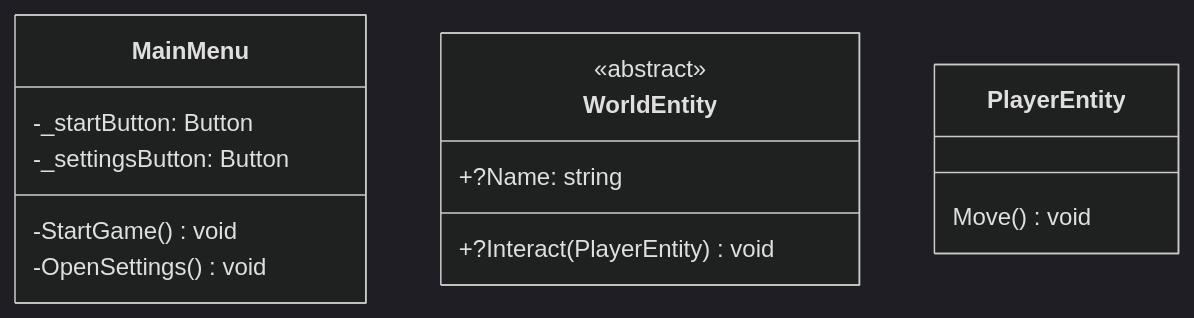
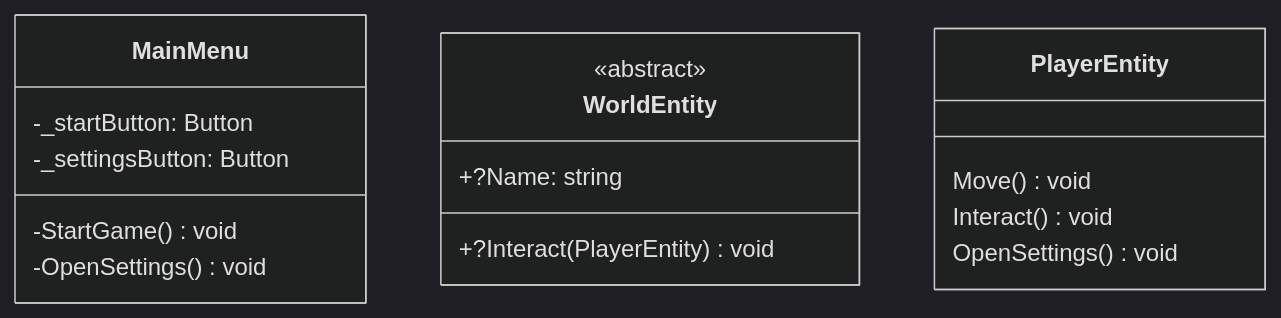
The diagram in Scripts/Diagram.mmd (A-A-Tel/TheBizarreJourney-Godot), drawn with Mermaid (dark theme) before and after one commit. The commit also changed 19 other files, not shown here.

```diff
--- a/Scripts/Diagram.mmd
+++ b/Scripts/Diagram.mmd
@@ -1,22 +1,22 @@
 classDiagram
     class MainMenu {
         -_startButton: Button
         -_settingsButton: Button
         
         -StartGame() void
         -OpenSettings() void
     }
     
     class WorldEntity {
         <<abstract>>
         
         +?Name: string
         
         +?Interact(PlayerEntity) void
     }
     
     class PlayerEntity {
-        
-        
         Move() void
+        Interact() void
+        OpenSettings() void
     }
```
